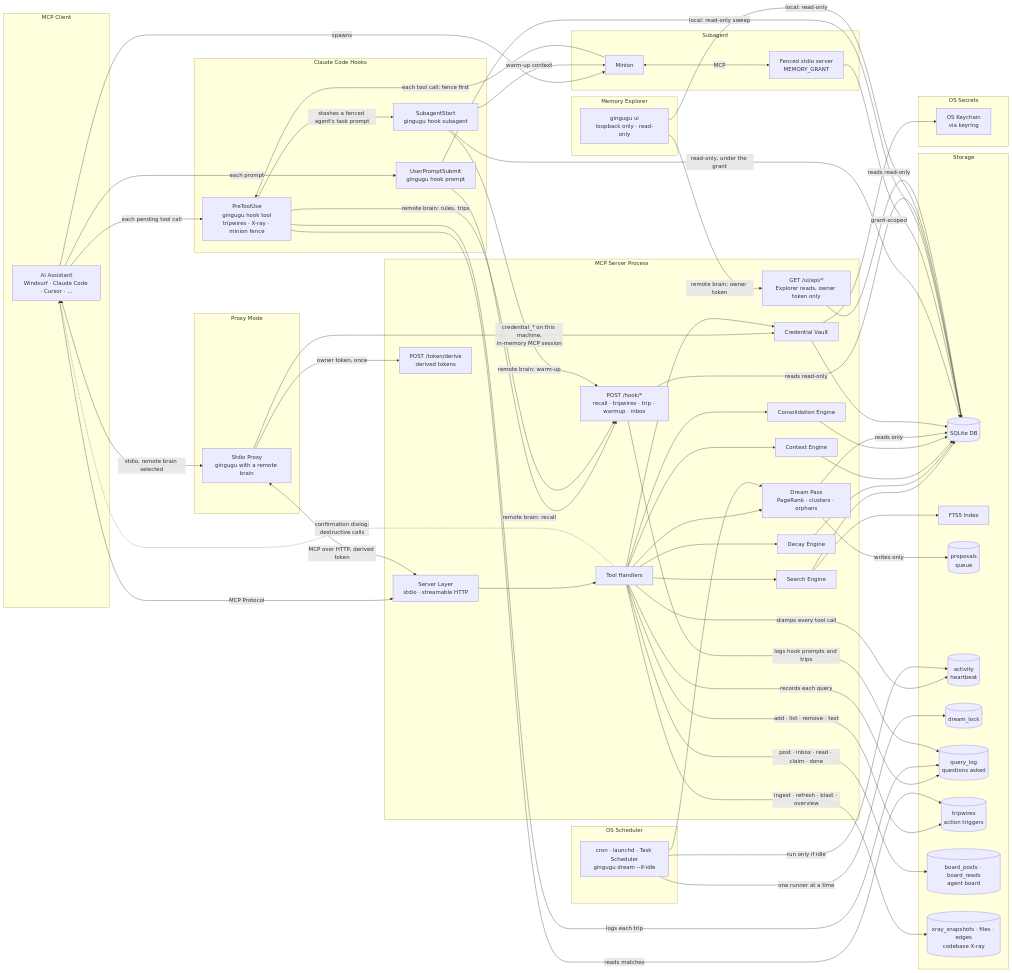
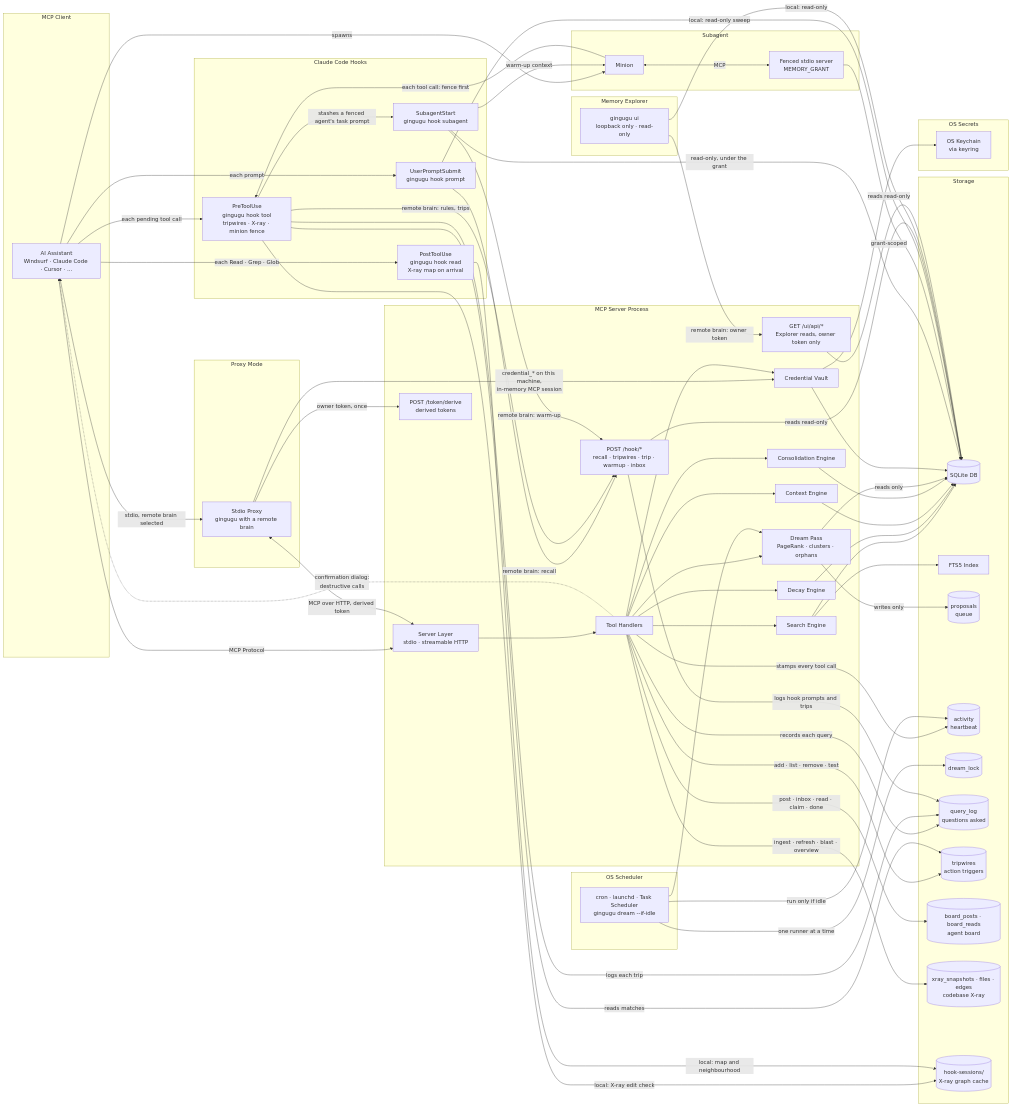
The first of 2 diagrams in docs/architecture.md (gingugu/gingugu), drawn with Mermaid before and after one commit. The commit also changed other lines of this file and 9 other files, not shown here.

First line of the commit message:
docs: X14 map on arrival across the knowledge base; release states caught up

```diff
--- a/docs/architecture.md
+++ b/docs/architecture.md
@@ -67,6 +67,7 @@
     subgraph Claude Code Hooks
         PH[UserPromptSubmit<br/>gingugu hook prompt]
         Y[PreToolUse<br/>gingugu hook tool<br/>tripwires · X-ray · minion fence]
+        PO[PostToolUse<br/>gingugu hook read<br/>X-ray map on arrival]
         Z[SubagentStart<br/>gingugu hook subagent]
     end
 
@@ -93,6 +94,7 @@
         W[(tripwires<br/>action triggers)]
         BP[(board_posts · board_reads<br/>agent board)]
         XR[(xray_snapshots · files · edges<br/>codebase X-ray)]
+        XG[(hook-sessions/<br/>X-ray graph cache)]
     end
 
     subgraph OS Secrets
@@ -129,6 +131,9 @@
     A -->|each pending tool call| Y
     Y -->|reads matches| W
     Y -->|logs each trip| T
+    Y -->|local: X-ray edit check| XG
+    A -->|each Read · Grep · Glob| PO
+    PO -->|local: map and neighbourhood| XG
     A -->|spawns| M
     Y -->|stashes a fenced agent's task prompt| Z
     Z -->|read-only, under the grant| H
```
